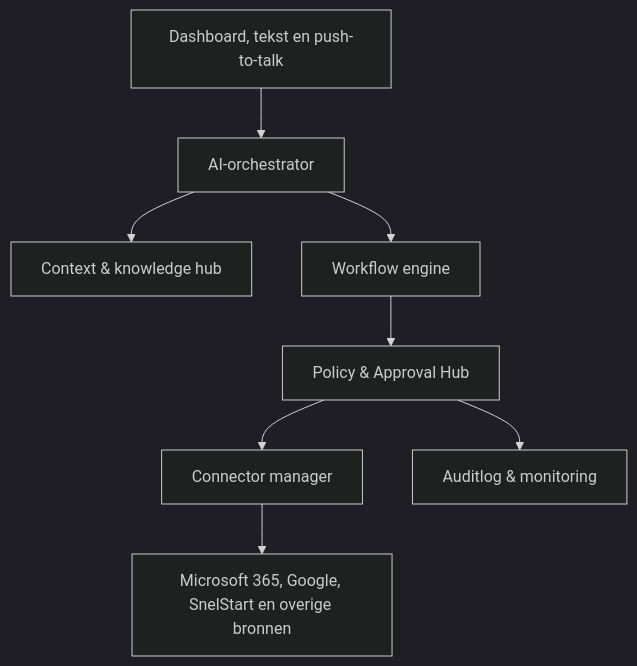
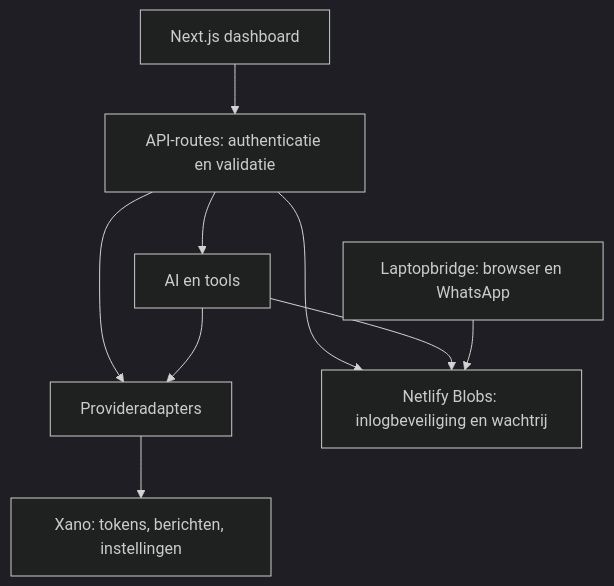
The diagram in docs/ARCHITECTURE.md (gijselhart1990-ai/BOB-assistent-), drawn with Mermaid (dark theme) before and after one commit. The commit also changed other lines of this file and 64 other files, not shown here.

````diff
--- a/docs/ARCHITECTURE.md
+++ b/docs/ARCHITECTURE.md
@@ -9,10 +5,11 @@
 ```mermaid
 flowchart TD
-  UI[Dashboard, tekst en push-to-talk] --> ORCH[AI-orchestrator]
-  ORCH --> CONTEXT[Context & knowledge hub]
-  ORCH --> FLOW[Workflow engine]
-  FLOW --> POLICY[Policy & Approval Hub]
-  POLICY --> CONNECT[Connector manager]
-  CONNECT --> SOURCES[Microsoft 365, Google, SnelStart en overige bronnen]
-  POLICY --> AUDIT[Auditlog & monitoring]
+  UI[Next.js dashboard] --> API[API-routes: authenticatie en validatie]
+  API --> AI[AI en tools]
+  API --> CONNECT[Provideradapters]
+  AI --> CONNECT
+  CONNECT --> XANO[Xano: tokens, berichten, instellingen]
+  API --> BLOBS[Netlify Blobs: inlogbeveiliging en wachtrij]
+  AI --> BLOBS
+  LAPTOP[Laptopbridge: browser en WhatsApp] --> BLOBS
 ```
````
